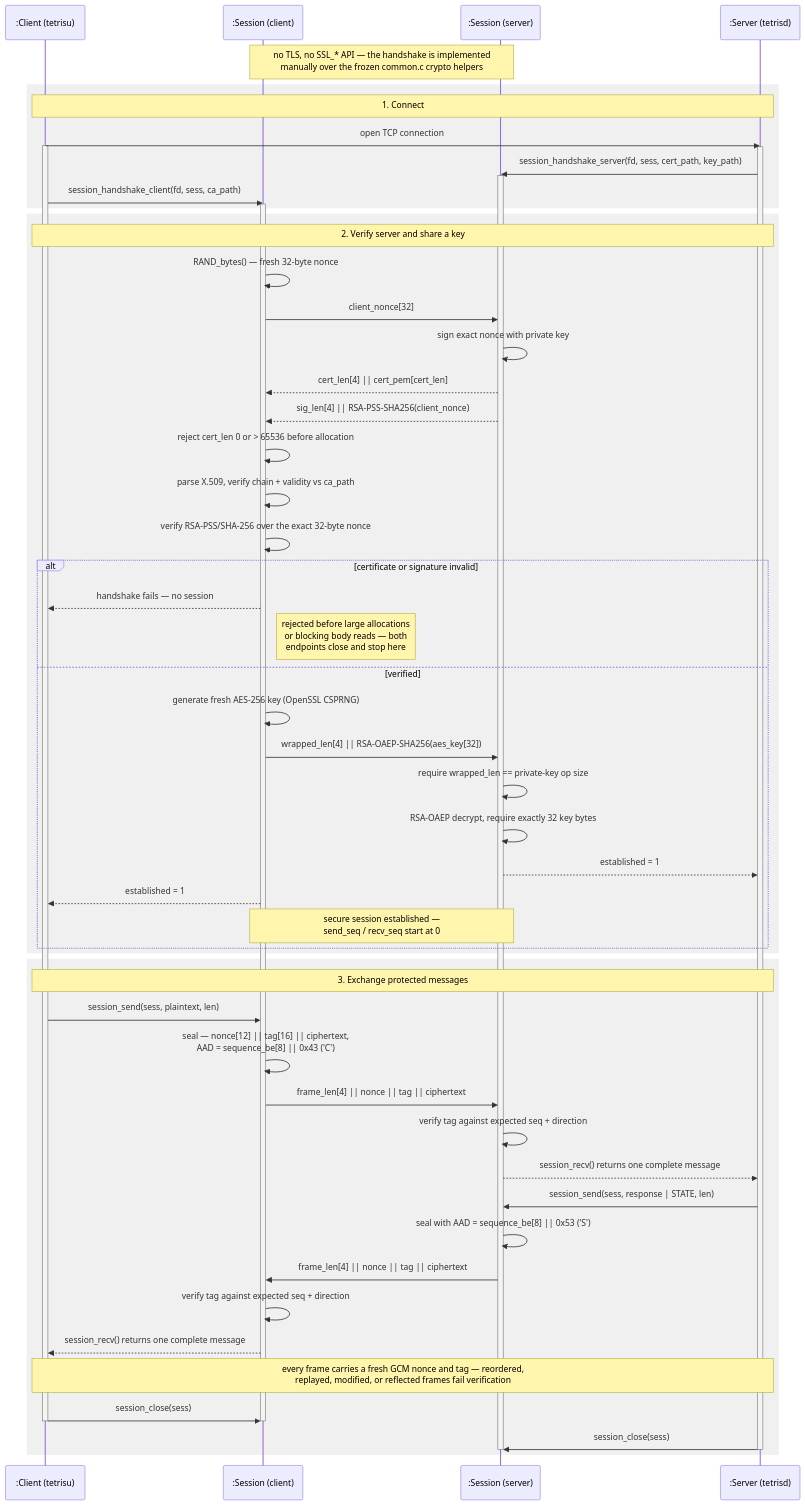
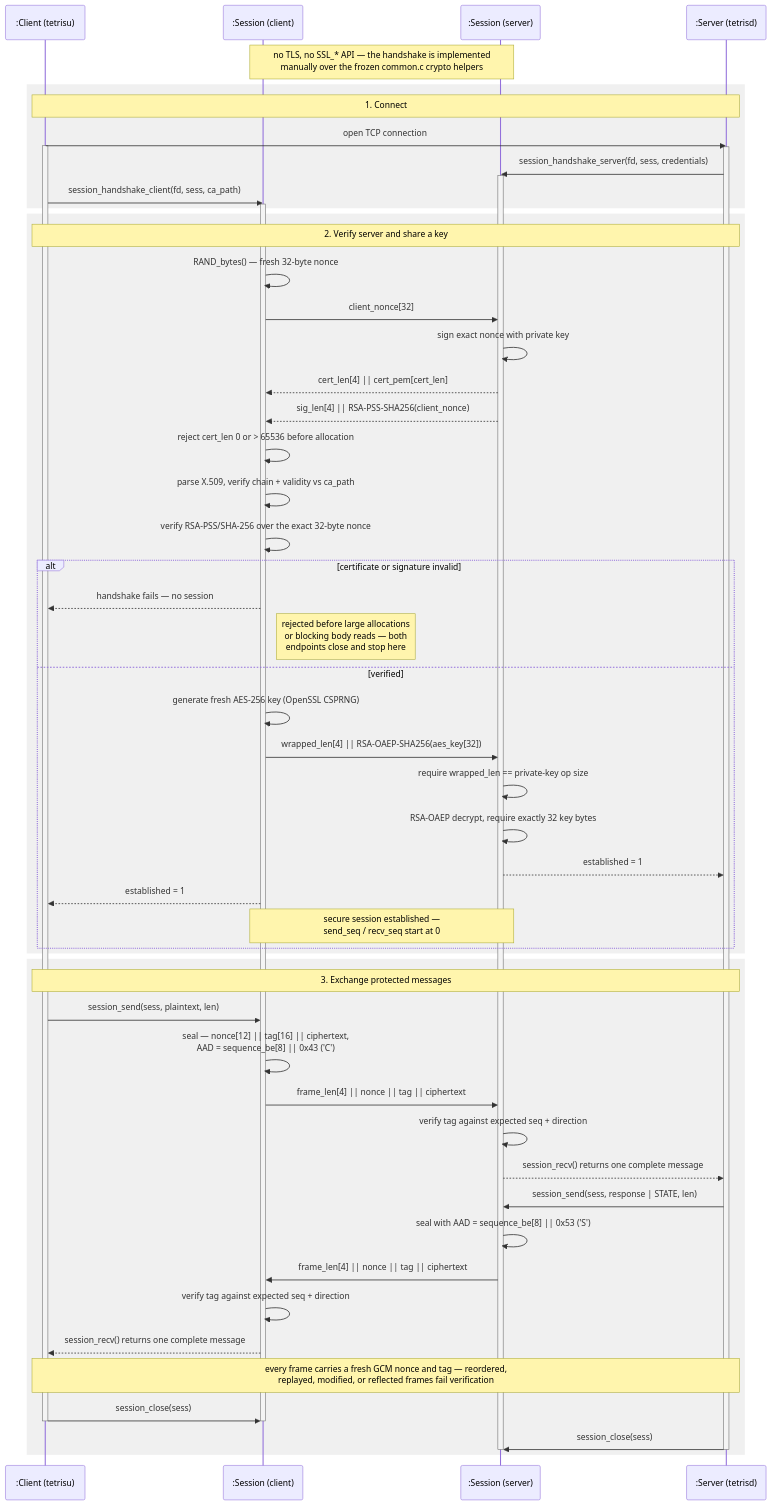
One commit to ziqiqiiii/tetriSH changed the diagram in lib/libtetrissh/assets/libtetrissh-sequence.md. Above: the diagram before and after it, drawn with Mermaid. The commit also changed 18 other files, not shown here.

Commit message:
feat - libtetrissh gains session_frame_seal / session_frame_open in a new frame.c. The changes is for the change in internal architecture for tetrisd (multi-threading to 1 event-driven reactor thread and a thread-pool to establish connection)

````diff
--- a/lib/libtetrissh/assets/libtetrissh-sequence.md
+++ b/lib/libtetrissh/assets/libtetrissh-sequence.md
@@ -6,75 +6,75 @@
 ```mermaid
 sequenceDiagram
     participant CU as :Client (tetrisu)
     participant CS as :Session (client)
     participant SS as :Session (server)
     participant SD as :Server (tetrisd)
 
     note over CS,SS: no TLS, no SSL_* API — the handshake is implemented<br/>manually over the frozen common.c crypto helpers
 
     rect rgb(240, 240, 240)
         note over CU,SD: 1. Connect
 
         CU->>SD: open TCP connection
         activate CU
         activate SD
-        SD->>SS: session_handshake_server(fd, sess, cert_path, key_path)
+        SD->>SS: session_handshake_server(fd, sess, credentials)
         activate SS
         CU->>CS: session_handshake_client(fd, sess, ca_path)
         activate CS
     end
 
     rect rgb(240, 240, 240)
         note over CU,SD: 2. Verify server and share a key
 
         CS->>CS: RAND_bytes() — fresh 32-byte nonce
         CS->>SS: client_nonce[32]
 
         SS->>SS: sign exact nonce with private key
         SS-->>CS: cert_len[4] || cert_pem[cert_len]
         SS-->>CS: sig_len[4] || RSA-PSS-SHA256(client_nonce)
 
         CS->>CS: reject cert_len 0 or > 65536 before allocation
         CS->>CS: parse X.509, verify chain + validity vs ca_path
         CS->>CS: verify RSA-PSS/SHA-256 over the exact 32-byte nonce
 
         alt certificate or signature invalid
             CS-->>CU: handshake fails — no session
             note right of CS: rejected before large allocations<br/>or blocking body reads — both<br/>endpoints close and stop here
         else verified
             CS->>CS: generate fresh AES-256 key (OpenSSL CSPRNG)
             CS->>SS: wrapped_len[4] || RSA-OAEP-SHA256(aes_key[32])
 
             SS->>SS: require wrapped_len == private-key op size
             SS->>SS: RSA-OAEP decrypt, require exactly 32 key bytes
             SS-->>SD: established = 1
             CS-->>CU: established = 1
             note over CS,SS: secure session established —<br/>send_seq / recv_seq start at 0
         end
     end
 
     rect rgb(240, 240, 240)
         note over CU,SD: 3. Exchange protected messages
 
         CU->>CS: session_send(sess, plaintext, len)
         CS->>CS: seal — nonce[12] || tag[16] || ciphertext,<br/>AAD = sequence_be[8] || 0x43 ('C')
         CS->>SS: frame_len[4] || nonce || tag || ciphertext
         SS->>SS: verify tag against expected seq + direction
         SS-->>SD: session_recv() returns one complete message
 
         SD->>SS: session_send(sess, response | STATE, len)
         SS->>SS: seal with AAD = sequence_be[8] || 0x53 ('S')
         SS->>CS: frame_len[4] || nonce || tag || ciphertext
         CS->>CS: verify tag against expected seq + direction
         CS-->>CU: session_recv() returns one complete message
 
         note over CU,SD: every frame carries a fresh GCM nonce and tag — reordered,<br/>replayed, modified, or reflected frames fail verification
 
         CU->>CS: session_close(sess)
         deactivate CS
         deactivate CU
         SD->>SS: session_close(sess)
         deactivate SS
         deactivate SD
     end
 ```
````
